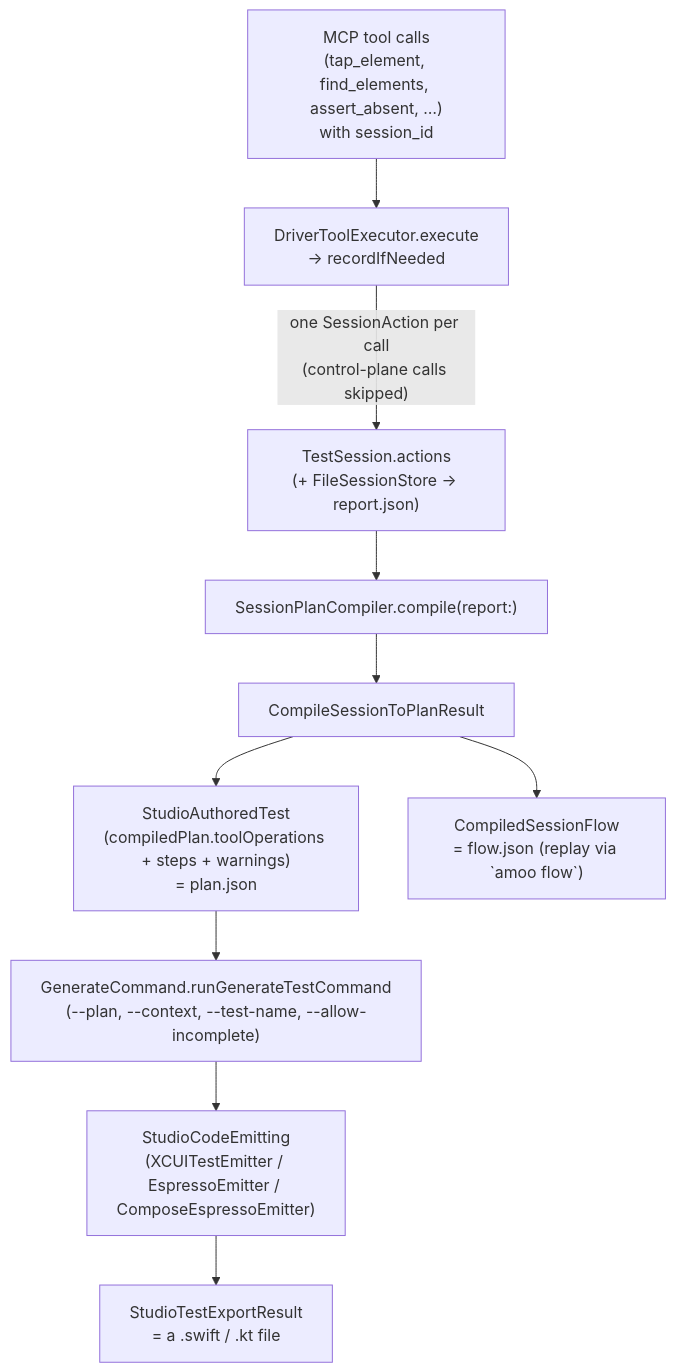
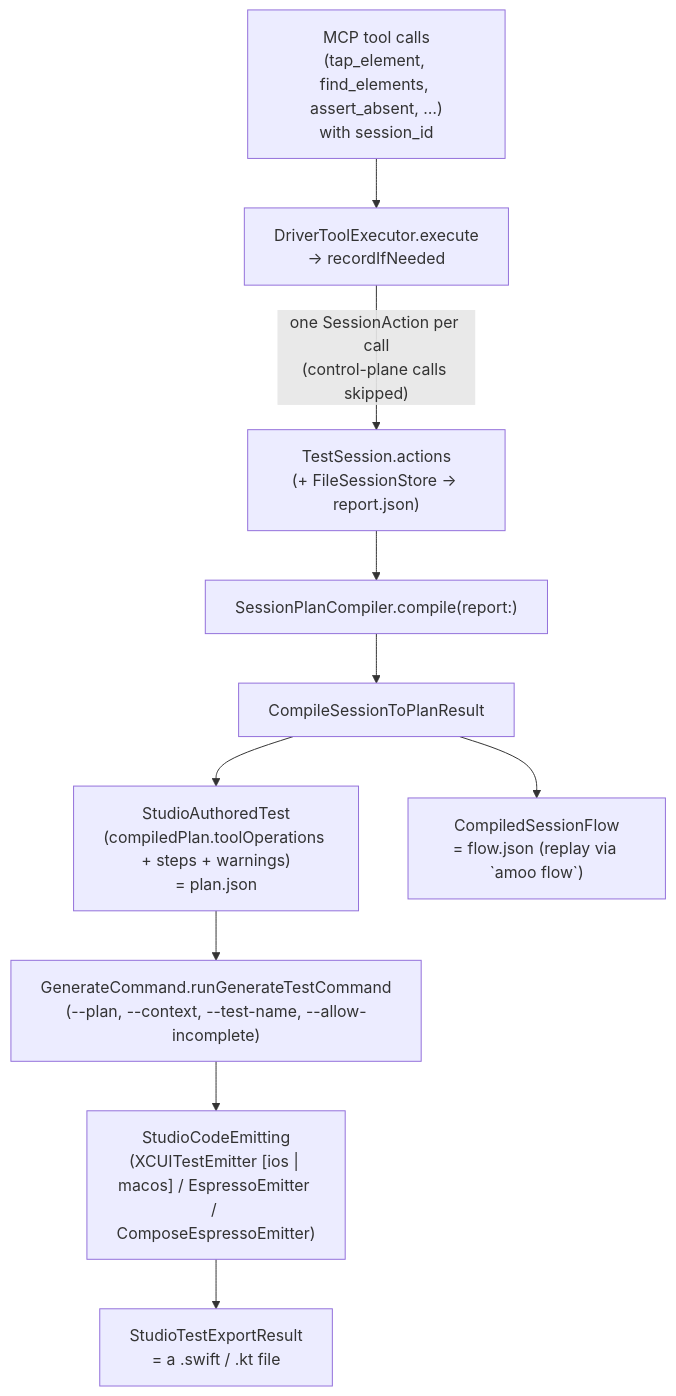
Before and after one commit to ArjangConsulting/amoo-ai: the diagram in docs/codegen-pipeline.md, drawn with Mermaid. The commit also changed other lines of this file and 12 other files, not shown here.

````diff
--- a/docs/codegen-pipeline.md
+++ b/docs/codegen-pipeline.md
@@ -10,12 +10,12 @@
 ```mermaid
 flowchart TD
     A["MCP tool calls\n(tap_element, find_elements, assert_absent, …)\nwith session_id"] --> B
     B["DriverToolExecutor.execute\n→ recordIfNeeded"] -->|"one SessionAction per call\n(control-plane calls skipped)"| C
     C["TestSession.actions\n(+ FileSessionStore → report.json)"] --> D
     D["SessionPlanCompiler.compile(report:)"] --> E["CompileSessionToPlanResult"]
     E --> F["StudioAuthoredTest\n(compiledPlan.toolOperations + steps + warnings)\n= plan.json"]
     E --> G["CompiledSessionFlow\n= flow.json (replay via `amoo flow`)"]
     F --> H["GenerateCommand.runGenerateTestCommand\n(--plan, --context, --test-name, --allow-incomplete)"]
-    H --> I["StudioCodeEmitting\n(XCUITestEmitter / EspressoEmitter / ComposeEspressoEmitter)"]
+    H --> I["StudioCodeEmitting\n(XCUITestEmitter [ios | macos] / EspressoEmitter / ComposeEspressoEmitter)"]
     I --> J["StudioTestExportResult\n= a .swift / .kt file"]
 ```
````
